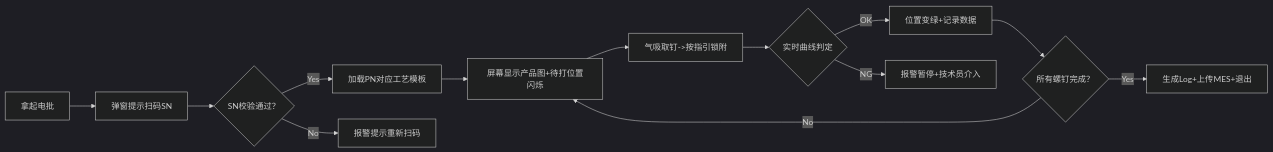
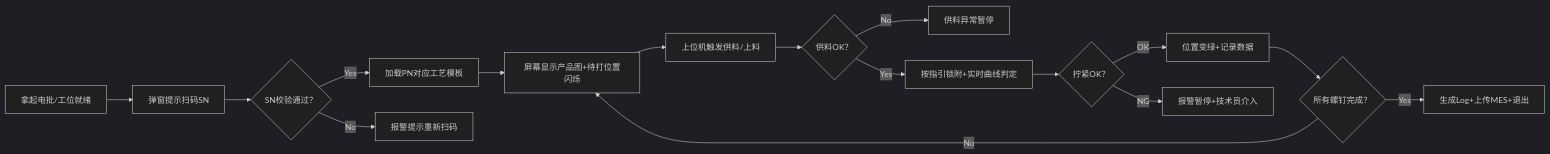
One commit to JacobLiou/AutoScrew changed the diagram in doc/PRD.md. Above: the diagram before and after it, drawn with Mermaid (dark theme). The commit also changed other lines of this file and 13 other files, not shown here.

````diff
--- a/doc/PRD.md
+++ b/doc/PRD.md
@@ -63,15 +78,18 @@
 ```mermaid
 graph LR
-    A["拿起电批"] --> B["弹窗提示扫码SN"]
+    A["拿起电批/工位就绪"] --> B["弹窗提示扫码SN"]
     B --> C{"SN校验通过？"}
     C -->|Yes| D["加载PN对应工艺模板"]
     C -->|No| E["报警提示重新扫码"]
     D --> F["屏幕显示产品图+待打位置闪烁"]
-    F --> G["气吸取钉->按指引锁附"]
-    G --> H{"实时曲线判定"}
-    H -->|OK| I["位置变绿+记录数据"]
-    H -->|NG| J["报警暂停+技术员介入"]
-    I --> K{"所有螺钉完成？"}
-    K -->|No| F
-    K -->|Yes| L["生成Log+上传MES+退出"]
+    F --> G["上位机触发供料/上料"]
+    G --> G2{"供料OK？"}
+    G2 -->|No| J2["供料异常暂停"]
+    G2 -->|Yes| H["按指引锁附+实时曲线判定"]
+    H --> I{"拧紧OK？"}
+    I -->|OK| K["位置变绿+记录数据"]
+    I -->|NG| J["报警暂停+技术员介入"]
+    K --> L{"所有螺钉完成？"}
+    L -->|No| F
+    L -->|Yes| M["生成Log+上传MES+退出"]
 ```
````
